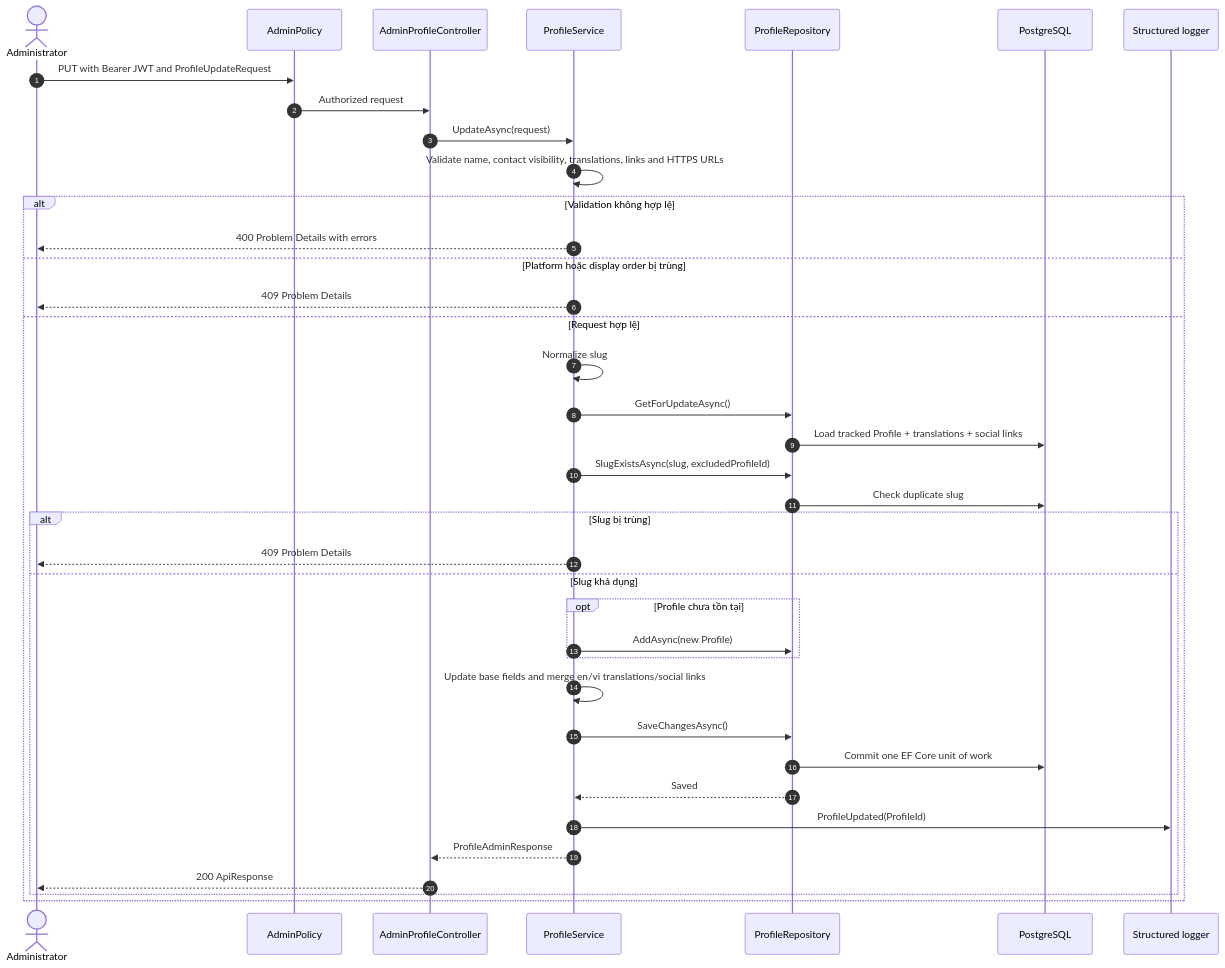
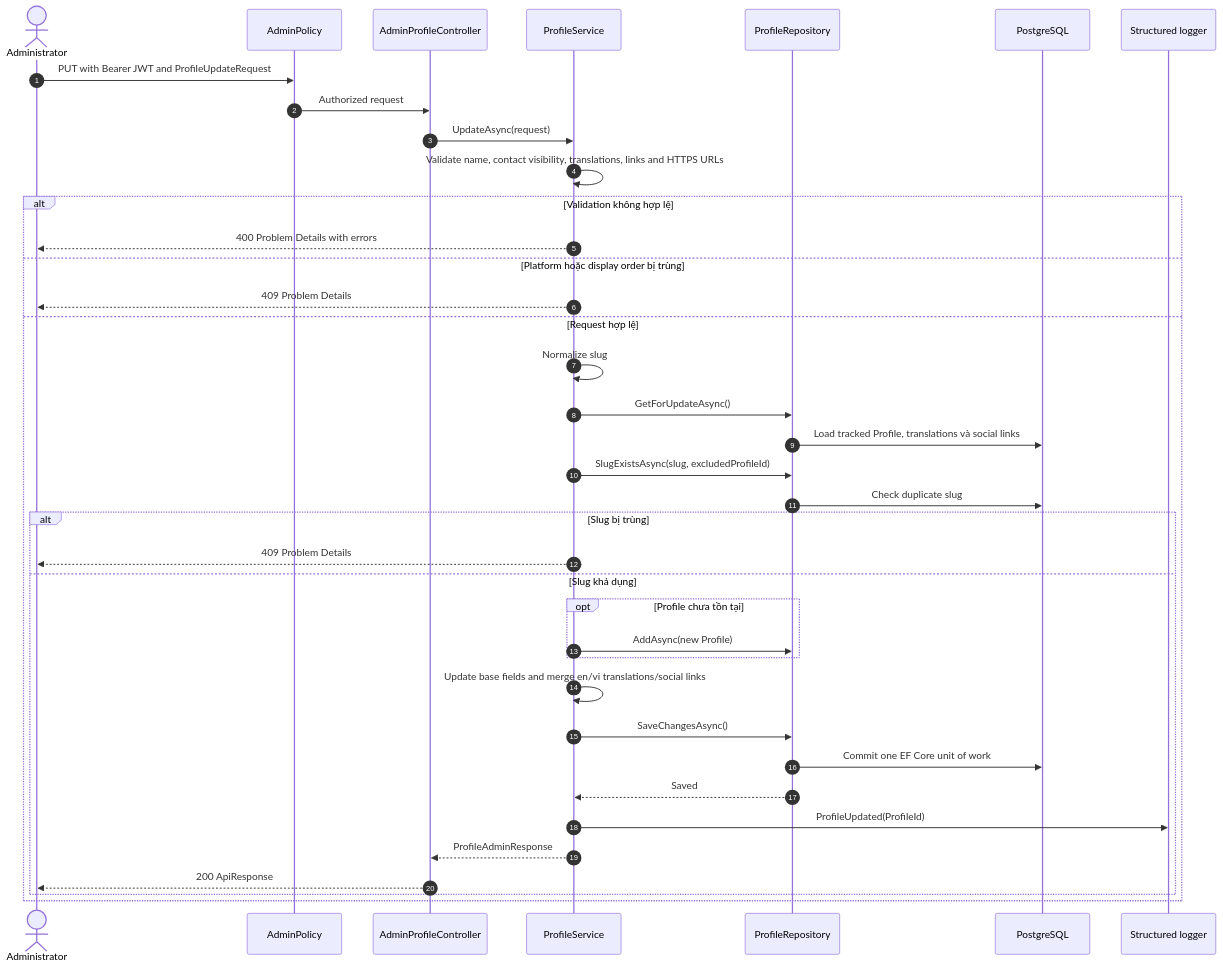
Diagram 11 of 19 in docs/architecture/CURRENT_PROCESS_FLOWS.md (hoangnam-dev/CG03_AboutMe_API), drawn with Mermaid before and after one commit. The commit also changed other lines of this file and 16 other files, not shown here.

````diff
--- a/docs/architecture/CURRENT_PROCESS_FLOWS.md
+++ b/docs/architecture/CURRENT_PROCESS_FLOWS.md
@@ -324,41 +431,41 @@
 ```mermaid
 sequenceDiagram
     autonumber
     actor Admin as Administrator
     participant Policy as AdminPolicy
     participant Controller as AdminProfileController
     participant Service as ProfileService
     participant Repo as ProfileRepository
     participant DB as PostgreSQL
     participant Log as Structured logger
 
     Admin->>Policy: PUT with Bearer JWT and ProfileUpdateRequest
     Policy->>Controller: Authorized request
     Controller->>Service: UpdateAsync(request)
     Service->>Service: Validate name, contact visibility, translations, links and HTTPS URLs
     alt Validation không hợp lệ
         Service-->>Admin: 400 Problem Details with errors
     else Platform hoặc display order bị trùng
         Service-->>Admin: 409 Problem Details
     else Request hợp lệ
         Service->>Service: Normalize slug
         Service->>Repo: GetForUpdateAsync()
-        Repo->>DB: Load tracked Profile + translations + social links
+        Repo->>DB: Load tracked Profile, translations và social links
         Service->>Repo: SlugExistsAsync(slug, excludedProfileId)
         Repo->>DB: Check duplicate slug
         alt Slug bị trùng
             Service-->>Admin: 409 Problem Details
         else Slug khả dụng
             opt Profile chưa tồn tại
                 Service->>Repo: AddAsync(new Profile)
             end
             Service->>Service: Update base fields and merge en/vi translations/social links
             Service->>Repo: SaveChangesAsync()
             Repo->>DB: Commit one EF Core unit of work
             Repo-->>Service: Saved
             Service->>Log: ProfileUpdated(ProfileId)
             Service-->>Controller: ProfileAdminResponse
             Controller-->>Admin: 200 ApiResponse
         end
     end
 ```
````
